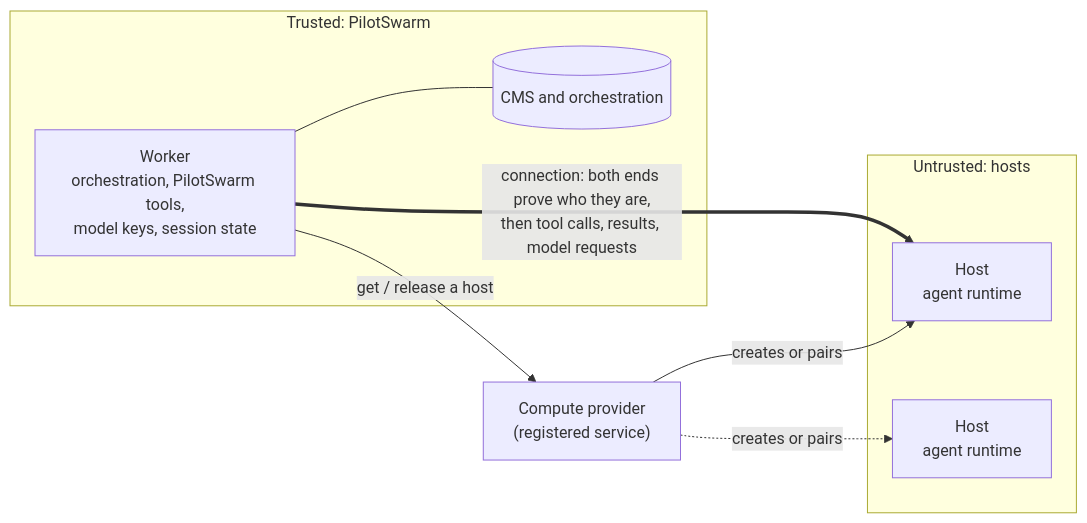
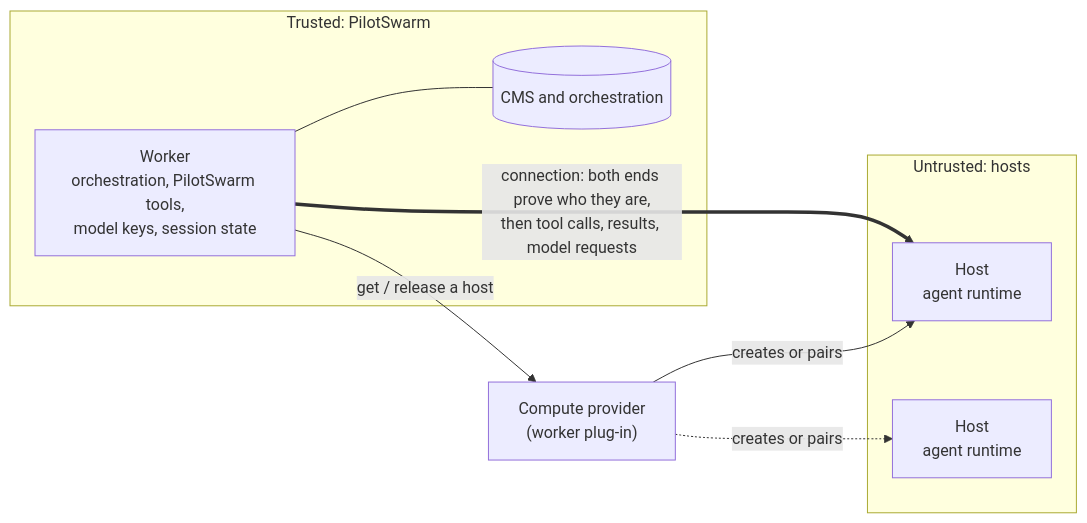
Before and after one commit to microsoft/PilotSwarm: the first of 2 diagrams in docs/proposals/compute-providers.md, drawn with Mermaid. The commit also changed other lines of this file and 2 other files, not shown here.

````diff
--- a/docs/proposals/compute-providers.md
+++ b/docs/proposals/compute-providers.md
@@ -38,17 +44,17 @@
 ```mermaid
 flowchart LR
   subgraph T["Trusted: PilotSwarm"]
     DB[("CMS and orchestration")]
     W["Worker<br/>orchestration, PilotSwarm tools,<br/>model keys, session state"]
   end
-  P["Compute provider<br/>(registered service)"]
+  P["Compute provider<br/>(worker plug-in)"]
   subgraph U["Untrusted: hosts"]
     H1["Host<br/>agent runtime"]
     H2["Host<br/>agent runtime"]
   end
   W --- DB
   W -- "get / release a host" --> P
   P -- "creates or pairs" --> H1
   P -. "creates or pairs" .-> H2
   W == "connection: both ends prove who they are,<br/>then tool calls, results, model requests" ==> H1
 ```
````
